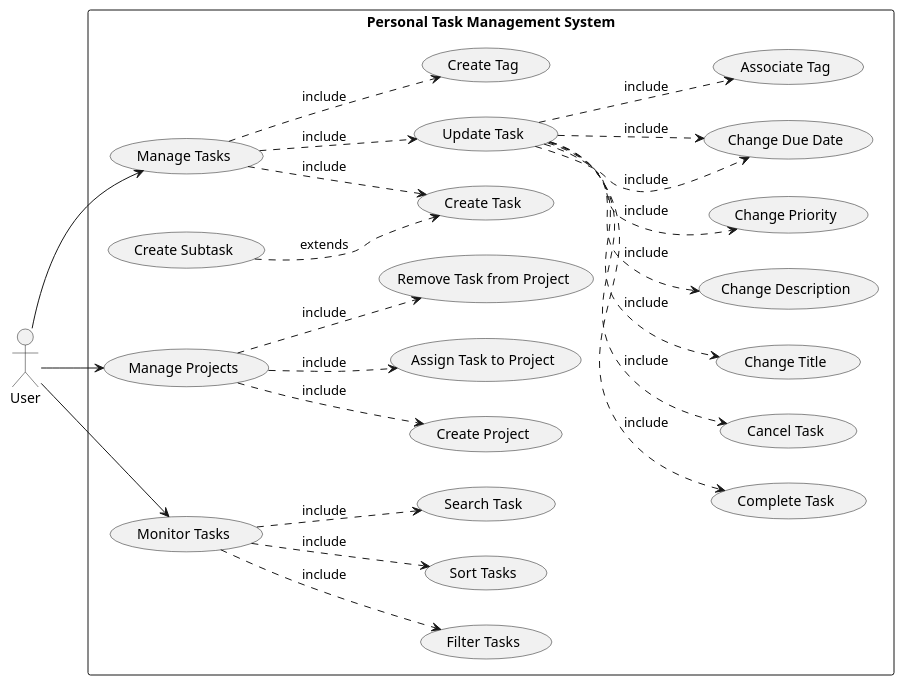
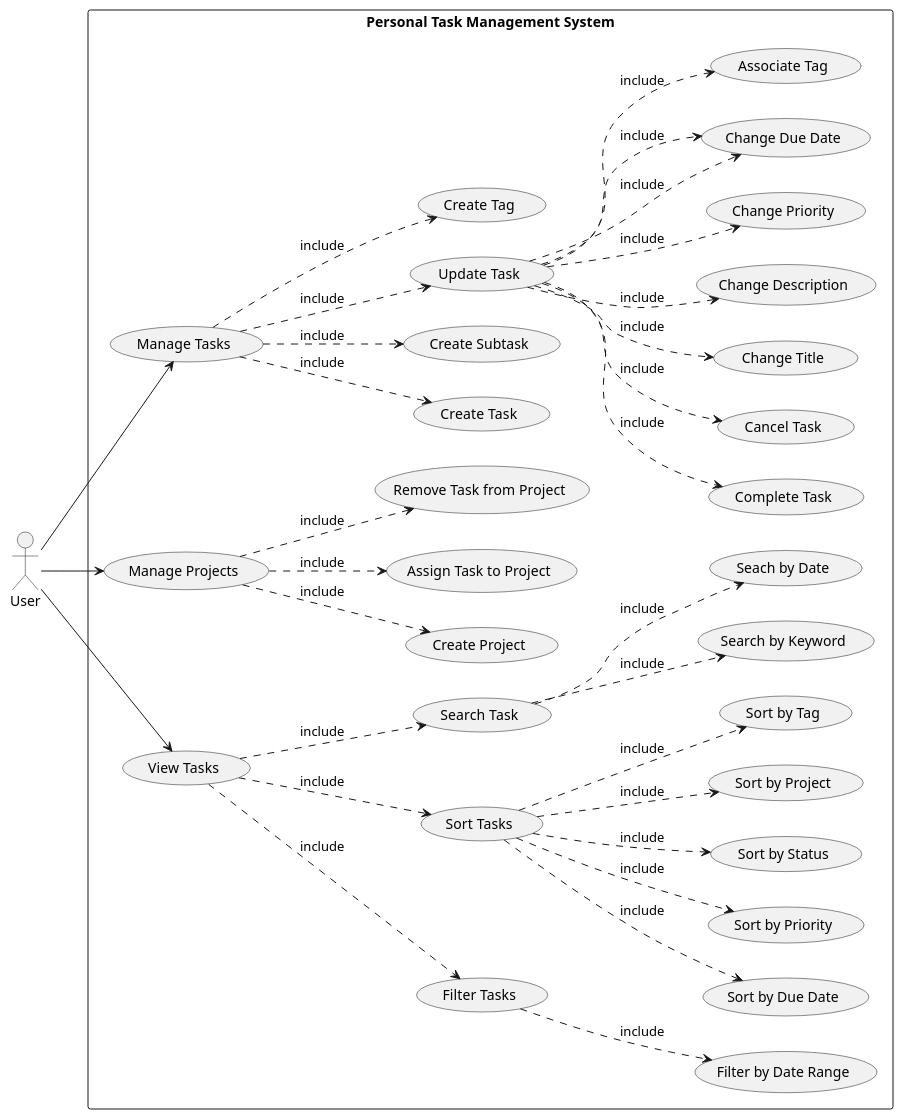
Before and after one commit to t-mandam/SOEN_342_Group_Project: the diagram in Iteration_01/Use Cases/use_case_diagram.plantuml, drawn with PlantUML.

Commit message:
Added all View use cases
View includes : Searches, Sorts, Filter

```diff
--- a/Iteration_01/Use Cases/use_case_diagram.plantuml
+++ b/Iteration_01/Use Cases/use_case_diagram.plantuml
@@ -1,49 +1,65 @@
 @startuml
 left to right direction
 actor User as u
 rectangle "Personal Task Management System" {
    usecase "Manage Tasks" as mt
      usecase "Create Task" as ctk
-       usecase "Create Subtask" as cs
-       cs ..> ctk : extends
+     usecase "Create Subtask" as cs
      usecase "Update Task" as ut
        usecase "Complete Task" as cmpt
        usecase "Cancel Task" as cclt
        usecase "Change Title" as chgt
        usecase "Change Description" as chgd
        usecase "Change Priority" as chgp
        usecase "Change Due Date" as cdd
        usecase "Associate Tag" as asstg
        ut ..> cmpt : include
        ut ..> cclt : include
        ut ..> chgt : include
        ut ..> chgd : include
        ut ..> chgp : include
        ut ..> cdd : include
        ut ..> asstg : include
        ut ..> cdd : include
      usecase "Create Tag" as ctg
      mt ..> ctk : include
+     mt ..> cs : include
      mt ..> ut : include
      mt ..> ctg : include
 
    usecase "Manage Projects" as mp
      usecase "Create Project" as cp
      usecase "Assign Task to Project" as attp
      usecase "Remove Task from Project" as rtfp
      mp ..> cp : include
      mp ..> attp : include
      mp ..> rtfp : include
 
-   usecase "Monitor Tasks" as mot
+   usecase "View Tasks" as vt
      usecase "Filter Tasks" as ft
+       usecase "Filter by Date Range" as fbdr
+       ft ..> fbdr : include
      usecase "Sort Tasks" as st
+       usecase "Sort by Due Date" as stbdd
+       usecase "Sort by Priority" as stbp
+       usecase "Sort by Status" as stbs
+       usecase "Sort by Project" as stbpj
+       usecase "Sort by Tag" as stbtg
+       st ..> stbdd : include
+       st ..> stbp : include
+       st ..> stbs : include
+       st ..> stbpj : include
+       st ..> stbtg : include
      usecase "Search Task" as srch
-     mot ..> ft : include
-     mot ..> st : include
-     mot ..> srch : include
+       usecase "Search by Keyword" as shbk
+       usecase "Seach by Date" as shbd
+       srch ..> shbk : include
+       srch ..> shbd : include
+     vt ..> ft : include
+     vt ..> st : include
+     vt ..> srch : include
 }
 u --> mt
 u --> mp
-u --> mot
+u --> vt
 @enduml
```
